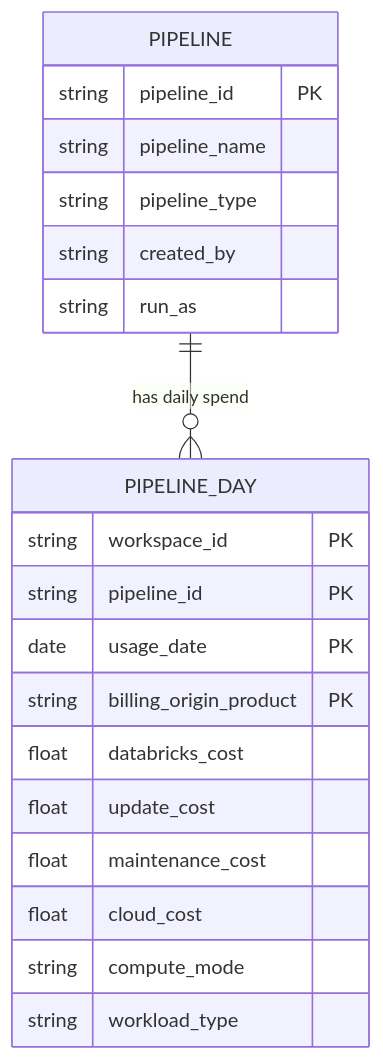
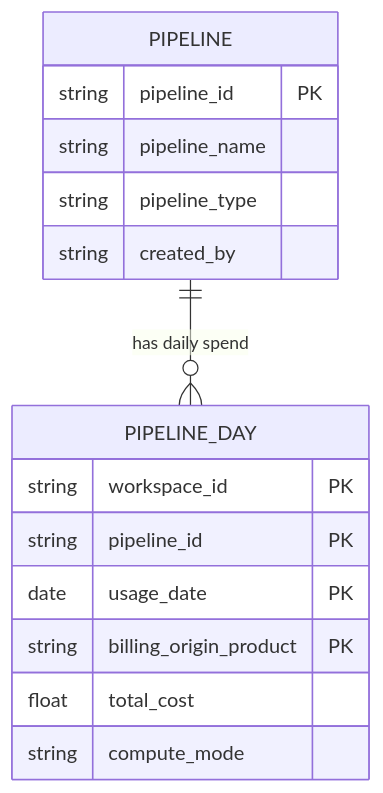
One commit to AdityaMandiwal/DBSPEND360 changed the fifth of 6 diagrams in docs/data_model.md. Above: the diagram before and after it, drawn with Mermaid. The commit also changed other lines of this file and 1 other file, not shown here.

````diff
--- a/docs/data_model.md
+++ b/docs/data_model.md
@@ -313,23 +166,18 @@
 ```mermaid
 erDiagram
     PIPELINE ||--o{ PIPELINE_DAY : "has daily spend"
     PIPELINE_DAY {
         string workspace_id PK
         string pipeline_id PK
         date usage_date PK
         string billing_origin_product PK
-        float databricks_cost
-        float update_cost
-        float maintenance_cost
-        float cloud_cost
+        float total_cost
         string compute_mode
-        string workload_type
     }
     PIPELINE {
         string pipeline_id PK
         string pipeline_name
         string pipeline_type
         string created_by
-        string run_as
     }
 ```
````
